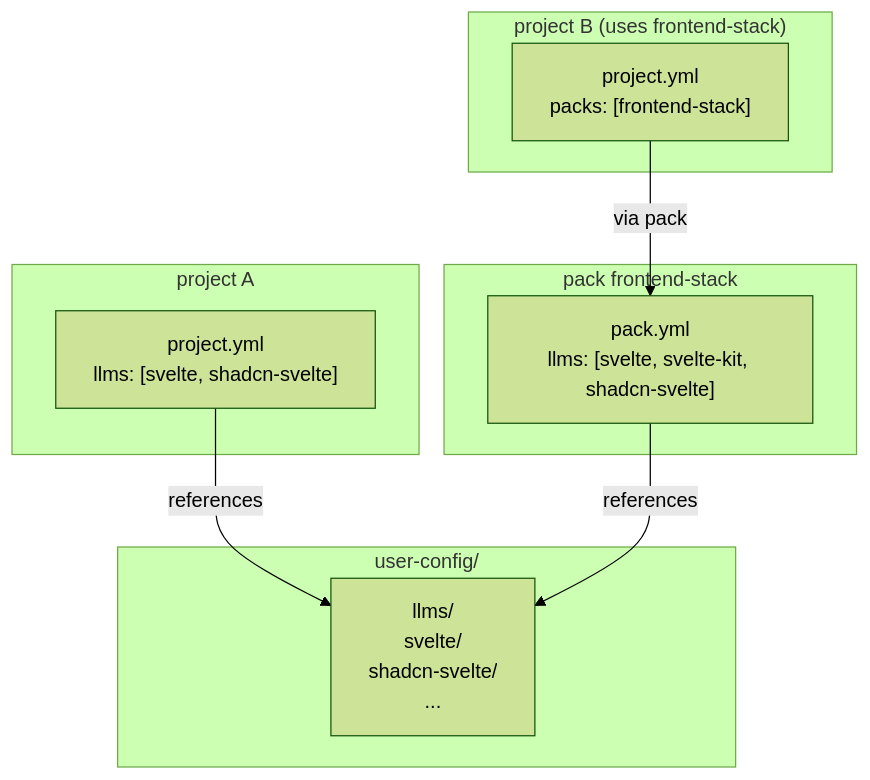
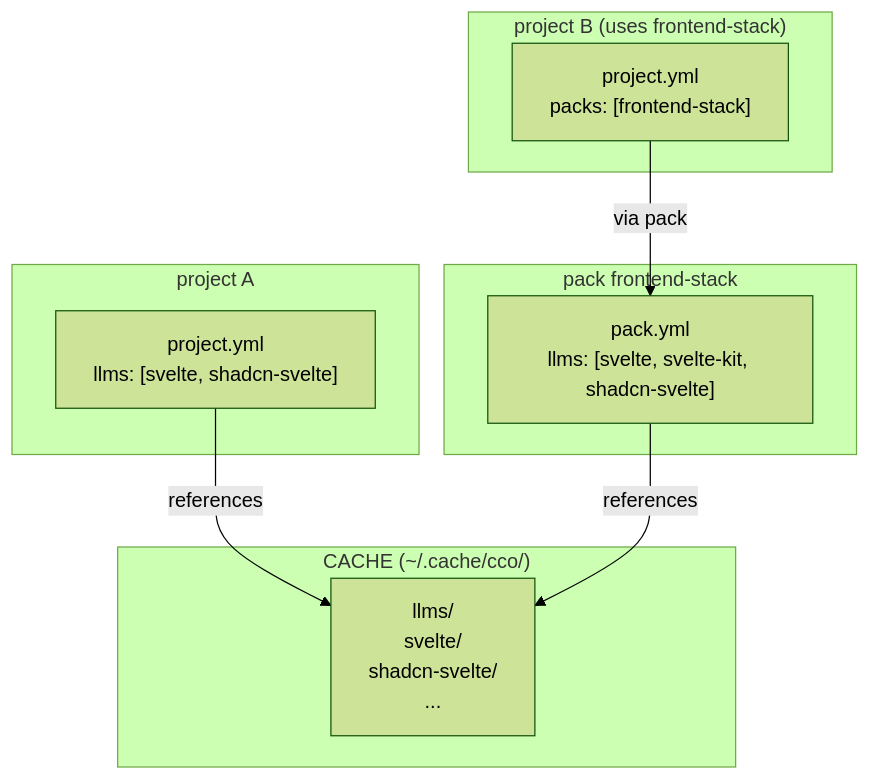
Before and after one commit to alergyonthestage/claude-orchestrator: the first of 2 diagrams in docs/maintainers/configuration/llms/design/design-llms.md, drawn with Mermaid (forest theme). The commit also changed other lines of this file and 9 other files, not shown here.

````diff
--- a/docs/maintainers/configuration/llms/design/design-llms.md
+++ b/docs/maintainers/configuration/llms/design/design-llms.md
@@ -17,19 +17,19 @@
 ```mermaid
 graph TB
-    subgraph "user-config/"
+    subgraph "CACHE (~/.cache/cco/)"
         LLMS["llms/<br/>svelte/<br/>shadcn-svelte/<br/>..."]
     end
     subgraph "project A"
         PY_A["project.yml<br/>llms: [svelte, shadcn-svelte]"]
     end
     subgraph "pack frontend-stack"
         PACK["pack.yml<br/>llms: [svelte, svelte-kit, shadcn-svelte]"]
     end
     subgraph "project B (uses frontend-stack)"
         PY_B["project.yml<br/>packs: [frontend-stack]"]
     end
 
     PY_A -->|references| LLMS
     PACK -->|references| LLMS
     PY_B -->|via pack| PACK
 ```
````
